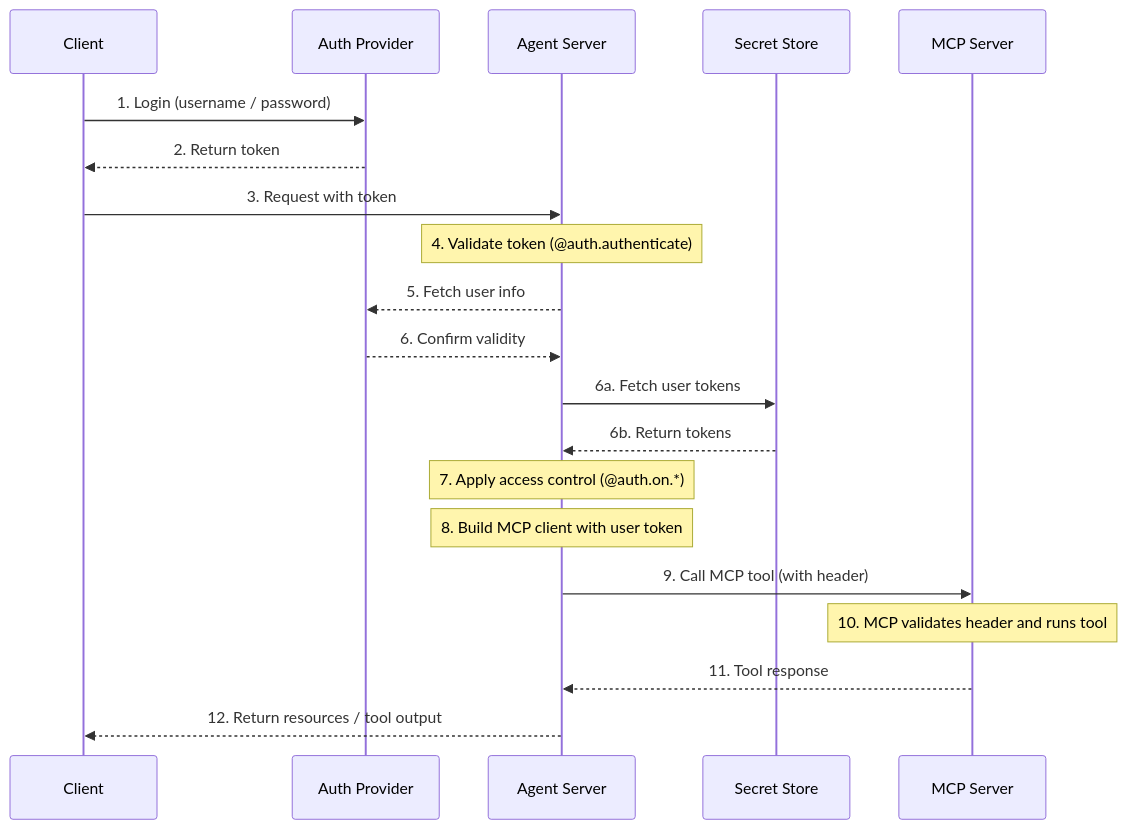
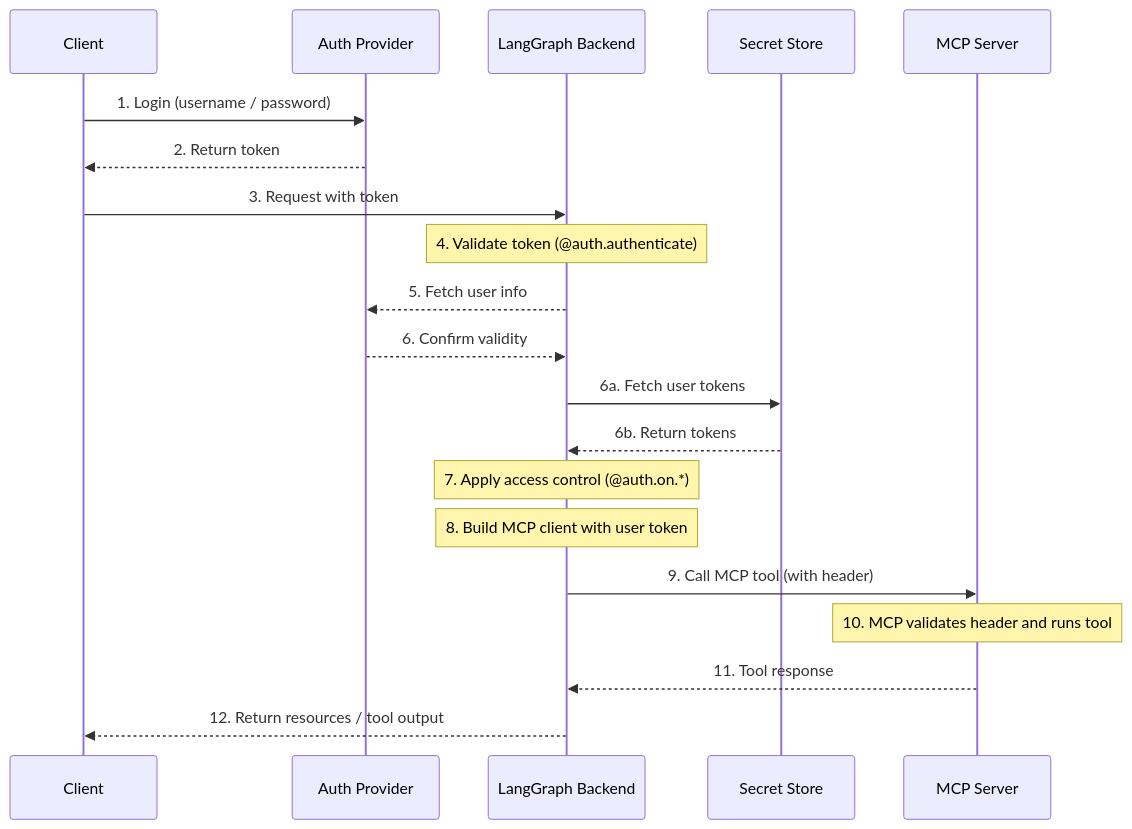
Before and after one commit to eddieogola/langchain-docs: the diagram in build/langsmith/server-mcp.mdx, drawn with Mermaid. The commit also changed other lines of this file and 142 other files, not shown here.

````diff
--- a/build/langsmith/server-mcp.mdx
+++ b/build/langsmith/server-mcp.mdx
@@ -16,33 +16,33 @@
 ```mermaid
 sequenceDiagram
   %% Actors
   participant ClientApp as Client
   participant AuthProv  as Auth Provider
-  participant LangGraph as Agent Server
+  participant LangGraph as LangGraph Backend
   participant SecretStore as Secret Store
   participant MCPServer as MCP Server
 
   %% Platform login / AuthN
   ClientApp  ->> AuthProv: 1. Login (username / password)
   AuthProv   -->> ClientApp: 2. Return token
   ClientApp  ->> LangGraph: 3. Request with token
 
   Note over LangGraph: 4. Validate token (@auth.authenticate)
   LangGraph  -->> AuthProv: 5. Fetch user info
   AuthProv   -->> LangGraph: 6. Confirm validity
 
   %% Fetch user tokens from secret store
   LangGraph  ->> SecretStore: 6a. Fetch user tokens
   SecretStore -->> LangGraph: 6b. Return tokens
 
   Note over LangGraph: 7. Apply access control (@auth.on.*)
 
   %% MCP round-trip
   Note over LangGraph: 8. Build MCP client with user token
   LangGraph  ->> MCPServer: 9. Call MCP tool (with header)
   Note over MCPServer: 10. MCP validates header and runs tool
   MCPServer  -->> LangGraph: 11. Tool response
 
   %% Return to caller
   LangGraph  -->> ClientApp: 12. Return resources / tool output
 ```
````
